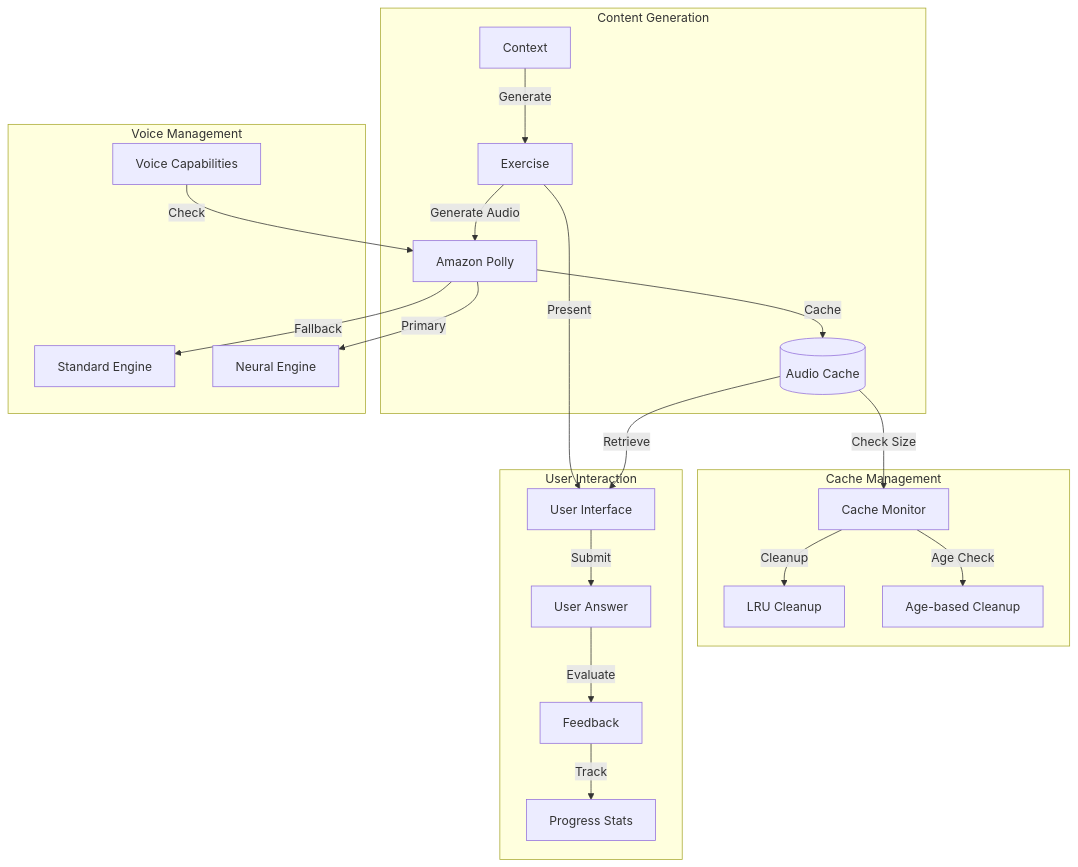
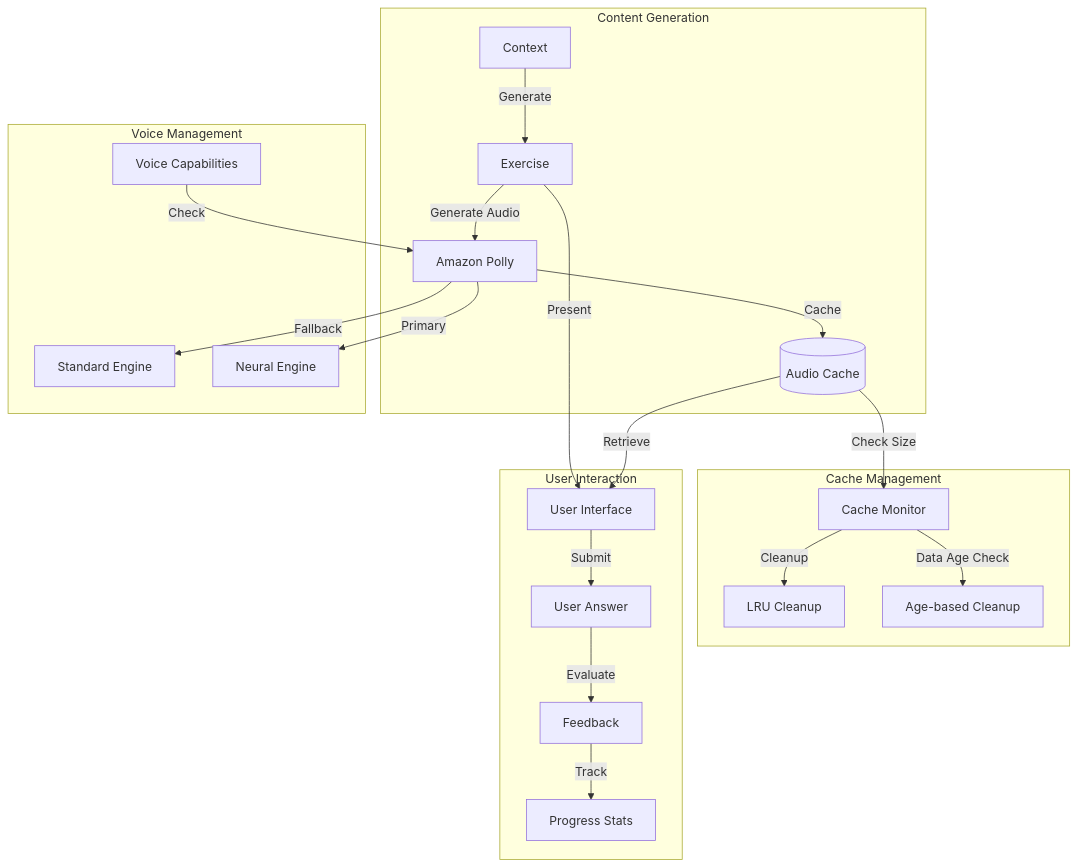
Before and after one commit to SuperNolvas/free-genai-bootcamp-2025: the second of 2 diagrams in language-learning-assistant/README.md, drawn with Mermaid.

Commit message:
Clarify Data Age on Interactive Learning Flow

````diff
--- a/language-learning-assistant/README.md
+++ b/language-learning-assistant/README.md
@@ -37,28 +37,28 @@
 ```mermaid
 graph TD
     subgraph Content Generation
         CTX[Context] -->|Generate| EX[Exercise]
         EX -->|Generate Audio| PL[Amazon Polly]
         PL -->|Cache| AC[(Audio Cache)]
     end
 
     subgraph Voice Management
         VC[Voice Capabilities] -->|Check| PL
         PL -->|Fallback| SE[Standard Engine]
         PL -->|Primary| NE[Neural Engine]
     end
 
     subgraph Cache Management
         AC -->|Check Size| CM[Cache Monitor]
         CM -->|Cleanup| LRU[LRU Cleanup]
-        CM -->|Age Check| AGE[Age-based Cleanup]
+        CM -->|Data Age Check| AGE[Age-based Cleanup]
     end
 
     subgraph User Interaction
         EX -->|Present| UI[User Interface]
         AC -->|Retrieve| UI
         UI -->|Submit| ANS[User Answer]
         ANS -->|Evaluate| FB[Feedback]
         FB -->|Track| PROG[Progress Stats]
     end
 ```
````
